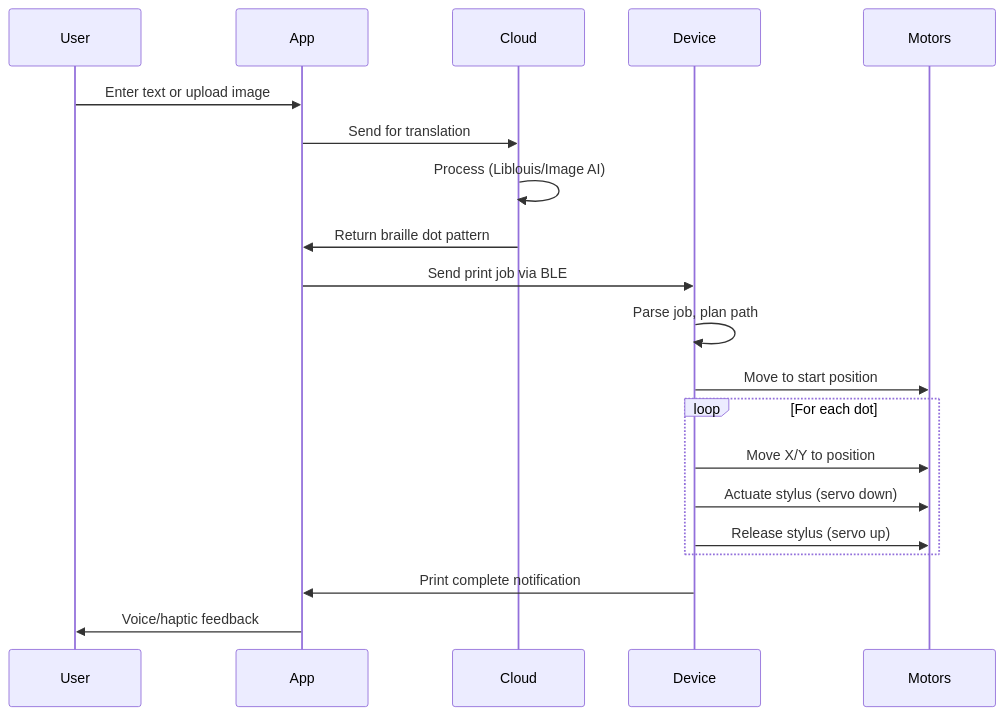
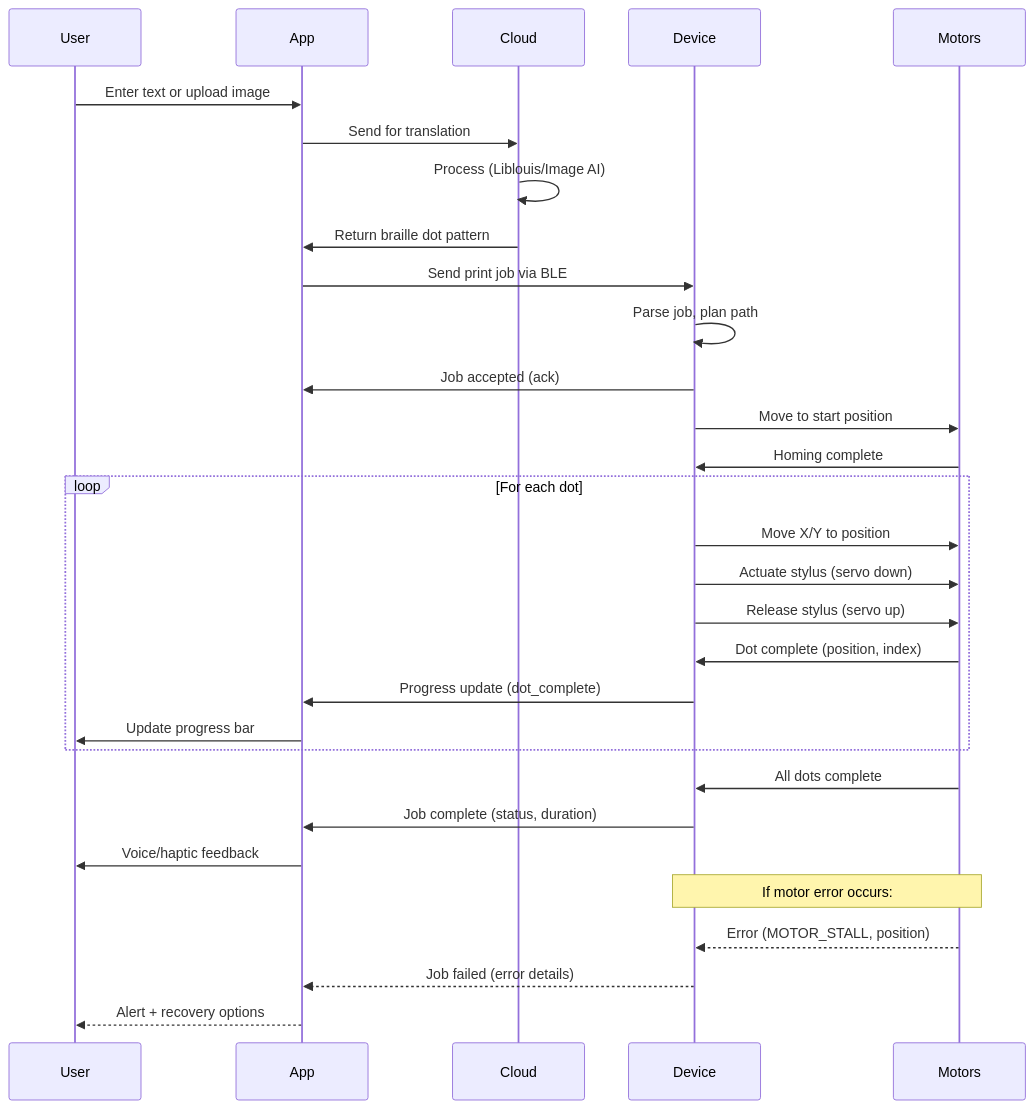
Before and after one commit to vikrantwiz02/DFP-13: the second of 5 diagrams in 04_System_Architecture.md, drawn with Mermaid.

Commit message:
Enhance print job workflow with job acknowledgment and error handling

````diff
--- a/04_System_Architecture.md
+++ b/04_System_Architecture.md
@@ -84,23 +84,36 @@
 ```mermaid
 sequenceDiagram
     participant User
     participant App
     participant Cloud
     participant Device
     participant Motors
     
     User->>App: Enter text or upload image
     App->>Cloud: Send for translation
     Cloud->>Cloud: Process (Liblouis/Image AI)
     Cloud->>App: Return braille dot pattern
     App->>Device: Send print job via BLE
     Device->>Device: Parse job, plan path
+    Device->>App: Job accepted (ack)
     Device->>Motors: Move to start position
+    Motors->>Device: Homing complete
+    
     loop For each dot
         Device->>Motors: Move X/Y to position
         Device->>Motors: Actuate stylus (servo down)
         Device->>Motors: Release stylus (servo up)
+        Motors->>Device: Dot complete (position, index)
+        Device->>App: Progress update (dot_complete)
+        App->>User: Update progress bar
     end
-    Device->>App: Print complete notification
+    
+    Motors->>Device: All dots complete
+    Device->>App: Job complete (status, duration)
     App->>User: Voice/haptic feedback
+    
+    Note over Motors,Device: If motor error occurs:
+    Motors-->>Device: Error (MOTOR_STALL, position)
+    Device-->>App: Job failed (error details)
+    App-->>User: Alert + recovery options
 ```
````
